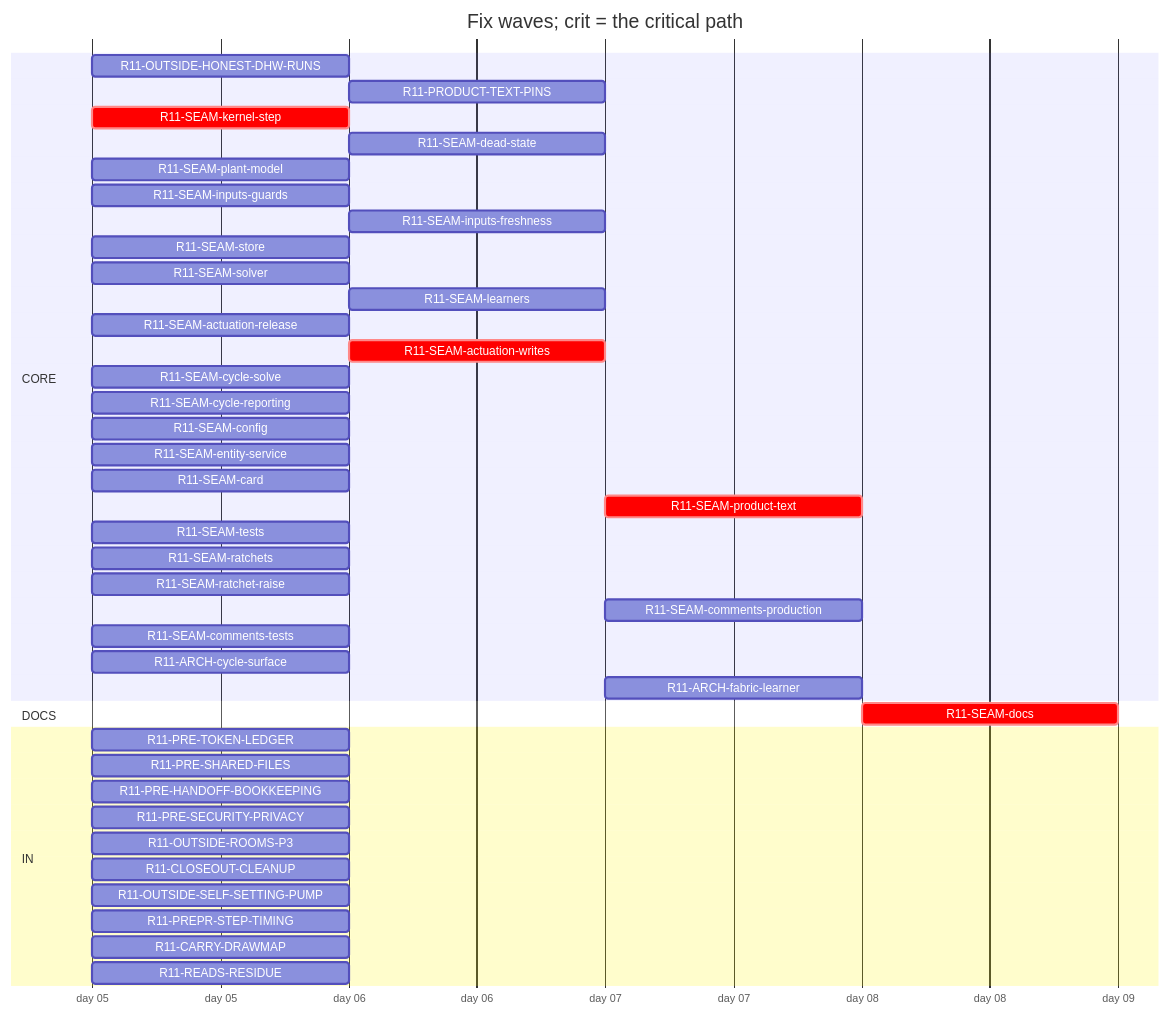
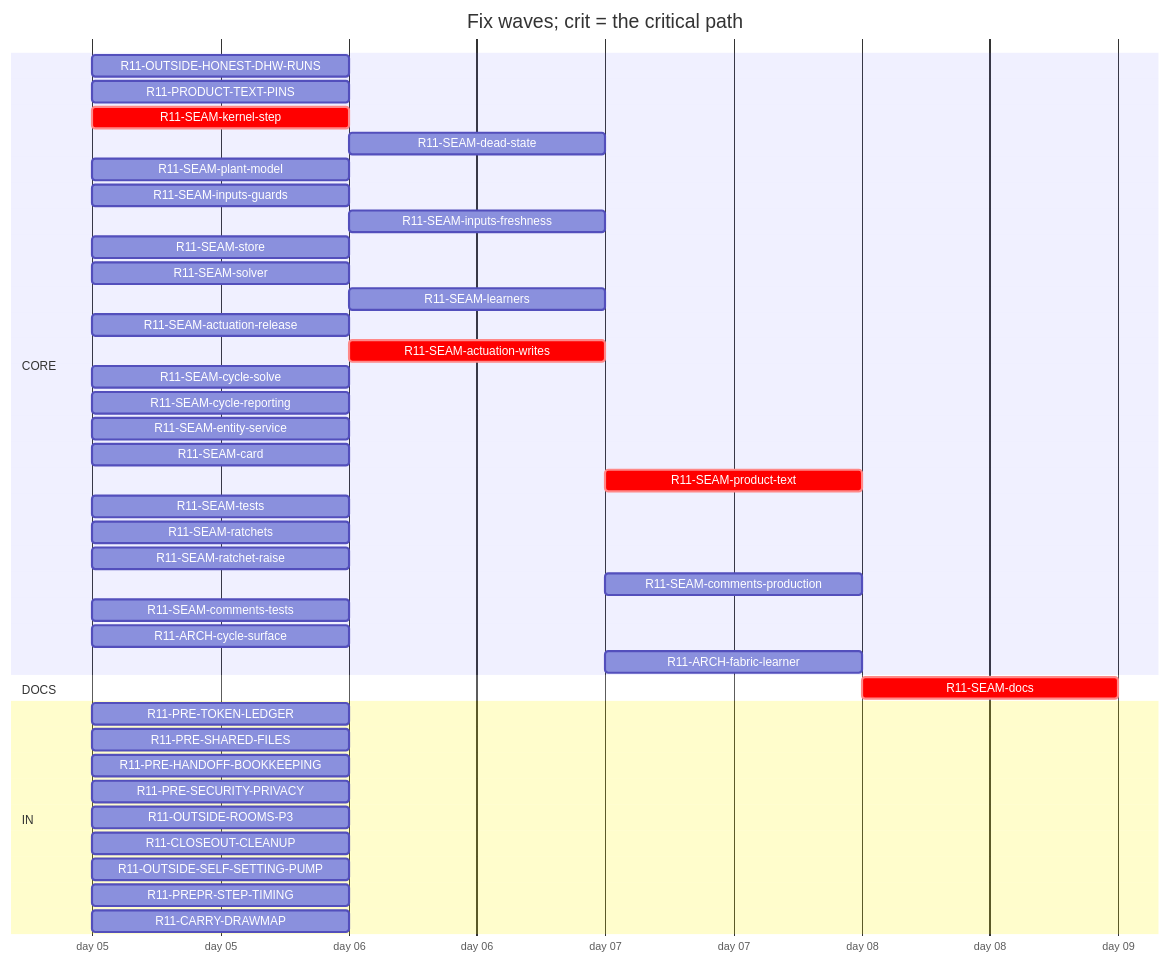
The diagram in handoff/round11/state/PLAN-TABLE.md (tvofi/heatpump_optimizer), drawn with Mermaid before and after one commit. The commit also changed other lines of this file and 4 other files, not shown here.

Commit message:
state: FLOW-BOARD.md, NEXT-SESSION-PROMPT.md, PLAN-TABLE.md, PLAN.html, RESUME-CURRENT.md regenerated (state_docs.py)

````diff
--- a/handoff/round11/state/PLAN-TABLE.md
+++ b/handoff/round11/state/PLAN-TABLE.md
@@ -16,45 +16,43 @@
 ```mermaid
 gantt
   title Fix waves; crit = the critical path
   dateFormat YYYY-MM-DD
   axisFormat day %d
   section CORE
     R11-OUTSIDE-HONEST-DHW-RUNS :r11OUTSIDEHONESTDHWRUNS, 2026-01-05, 1d
-    R11-PRODUCT-TEXT-PINS :r11PRODUCTTEXTPINS, after r11READSRESIDUE, 1d
+    R11-PRODUCT-TEXT-PINS :r11PRODUCTTEXTPINS, 2026-01-05, 1d
     R11-SEAM-kernel-step :crit, r11SEAMkernelstep, 2026-01-05, 1d
     R11-SEAM-dead-state :r11SEAMdeadstate, after r11SEAMstore, 1d
     R11-SEAM-plant-model :r11SEAMplantmodel, 2026-01-05, 1d
     R11-SEAM-inputs-guards :r11SEAMinputsguards, 2026-01-05, 1d
     R11-SEAM-inputs-freshness :r11SEAMinputsfreshness, after r11SEAMkernelstep, 1d
     R11-SEAM-store :r11SEAMstore, 2026-01-05, 1d
     R11-SEAM-solver :r11SEAMsolver, 2026-01-05, 1d
     R11-SEAM-learners :r11SEAMlearners, after r11SEAMplantmodel, 1d
     R11-SEAM-actuation-release :r11SEAMactuationrelease, 2026-01-05, 1d
     R11-SEAM-actuation-writes :crit, r11SEAMactuationwrites, after r11SEAMkernelstep r11SEAMactuationrelease, 1d
     R11-SEAM-cycle-solve :r11SEAMcyclesolve, 2026-01-05, 1d
     R11-SEAM-cycle-reporting :r11SEAMcyclereporting, 2026-01-05, 1d
-    R11-SEAM-config :r11SEAMconfig, 2026-01-05, 1d
     R11-SEAM-entity-service :r11SEAMentityservice, 2026-01-05, 1d
     R11-SEAM-card :r11SEAMcard, 2026-01-05, 1d
-    R11-SEAM-product-text :crit, r11SEAMproducttext, after r11SEAMplantmodel r11SEAMactuationrelease r11SEAMactuationwrites r11SEAMconfig r11SEAMentityservice r11SEAMinputsguards r11SEAMinputsfreshness r11SEAMcyclesolve r11SEAMcyclereporting, 1d
+    R11-SEAM-product-text :crit, r11SEAMproducttext, after r11SEAMplantmodel r11SEAMactuationrelease r11SEAMactuationwrites r11SEAMentityservice r11SEAMinputsguards r11SEAMinputsfreshness r11SEAMcyclesolve r11SEAMcyclereporting, 1d
     R11-SEAM-tests :r11SEAMtests, 2026-01-05, 1d
     R11-SEAM-ratchets :r11SEAMratchets, 2026-01-05, 1d
     R11-SEAM-ratchet-raise :r11SEAMratchetraise, 2026-01-05, 1d
-    R11-SEAM-comments-production :r11SEAMcommentsproduction, after r11SEAMplantmodel r11SEAMactuationrelease r11SEAMactuationwrites r11SEAMconfig r11SEAMentityservice r11SEAMinputsguards r11SEAMinputsfreshness r11SEAMcyclesolve r11SEAMcyclereporting, 1d
+    R11-SEAM-comments-production :r11SEAMcommentsproduction, after r11SEAMplantmodel r11SEAMactuationrelease r11SEAMactuationwrites r11SEAMentityservice r11SEAMinputsguards r11SEAMinputsfreshness r11SEAMcyclesolve r11SEAMcyclereporting, 1d
     R11-SEAM-comments-tests :r11SEAMcommentstests, 2026-01-05, 1d
     R11-ARCH-cycle-surface :r11ARCHcyclesurface, 2026-01-05, 1d
     R11-ARCH-fabric-learner :r11ARCHfabriclearner, after r11SEAMlearners, 1d
   section DOCS
-    R11-SEAM-docs :crit, r11SEAMdocs, after r11SEAMplantmodel r11SEAMlearners r11SEAMactuationrelease r11SEAMactuationwrites r11SEAMconfig r11SEAMentityservice r11SEAMinputsguards r11SEAMinputsfreshness r11SEAMcyclesolve r11SEAMcyclereporting r11SEAMcard r11SEAMproducttext, 1d
+    R11-SEAM-docs :crit, r11SEAMdocs, after r11SEAMplantmodel r11SEAMlearners r11SEAMactuationrelease r11SEAMactuationwrites r11SEAMentityservice r11SEAMinputsguards r11SEAMinputsfreshness r11SEAMcyclesolve r11SEAMcyclereporting r11SEAMcard r11SEAMproducttext, 1d
   section IN
     R11-PRE-TOKEN-LEDGER :r11PRETOKENLEDGER, 2026-01-05, 1d
     R11-PRE-SHARED-FILES :r11PRESHAREDFILES, 2026-01-05, 1d
     R11-PRE-HANDOFF-BOOKKEEPING :r11PREHANDOFFBOOKKEEPING, 2026-01-05, 1d
     R11-PRE-SECURITY-PRIVACY :r11PRESECURITYPRIVACY, 2026-01-05, 1d
     R11-OUTSIDE-ROOMS-P3 :r11OUTSIDEROOMSP3, 2026-01-05, 1d
     R11-CLOSEOUT-CLEANUP :r11CLOSEOUTCLEANUP, 2026-01-05, 1d
     R11-OUTSIDE-SELF-SETTING-PUMP :r11OUTSIDESELFSETTINGPUMP, 2026-01-05, 1d
     R11-PREPR-STEP-TIMING :r11PREPRSTEPTIMING, 2026-01-05, 1d
     R11-CARRY-DRAWMAP :r11CARRYDRAWMAP, 2026-01-05, 1d
-    R11-READS-RESIDUE :r11READSRESIDUE, 2026-01-05, 1d
 ```
````
